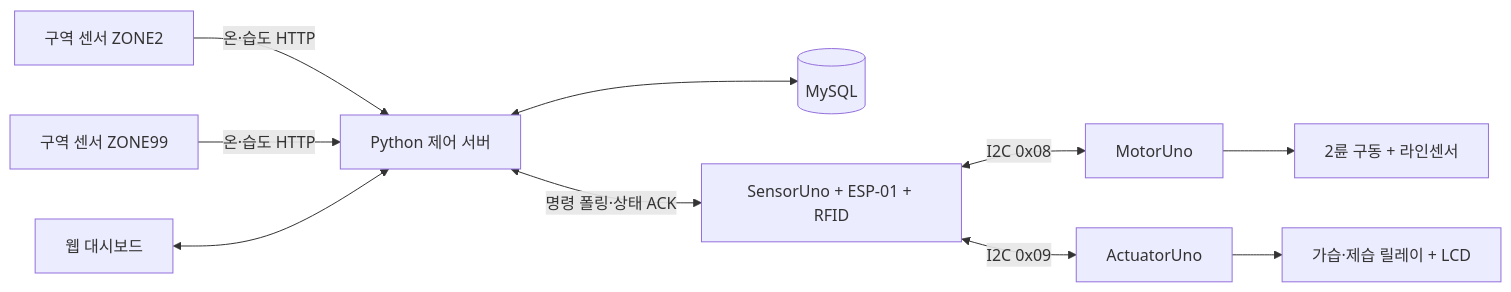
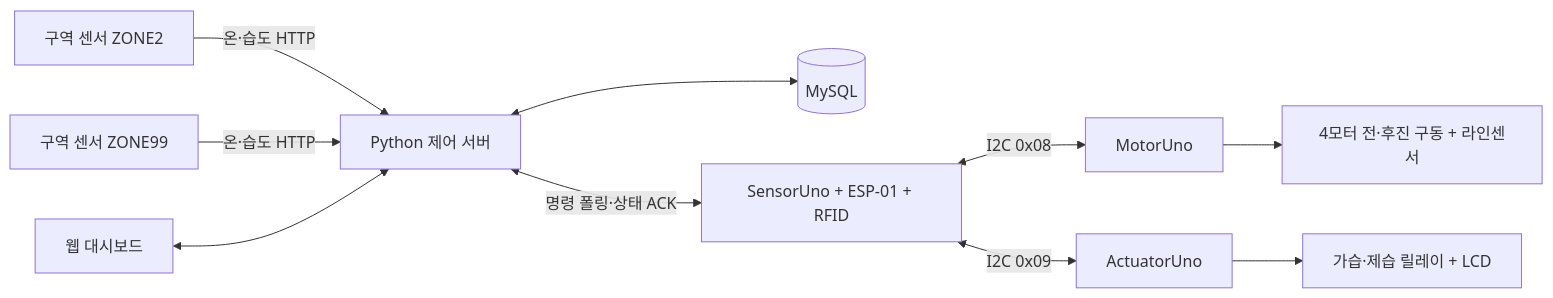
Before and after one commit to oioihoihoih/mobile-humidity-control-robot: the diagram in README.md, drawn with Mermaid. The commit also changed other lines of this file and 39 other files, not shown here.

````diff
--- a/README.md
+++ b/README.md
@@ -34,12 +37,12 @@
 ```mermaid
 flowchart LR
     Z2[구역 센서 ZONE2] -->|온·습도 HTTP| API[Python 제어 서버]
     Z99[구역 센서 ZONE99] -->|온·습도 HTTP| API
     API <--> DB[(MySQL)]
     UI[웹 대시보드] <--> API
     API <-->|명령 폴링·상태 ACK| SENSOR[SensorUno + ESP-01 + RFID]
     SENSOR <-->|I2C 0x08| MOTOR[MotorUno]
     SENSOR <-->|I2C 0x09| ACT[ActuatorUno]
-    MOTOR --> DRIVE[2륜 구동 + 라인센서]
+    MOTOR --> DRIVE[4모터 전·후진 구동 + 라인센서]
     ACT --> OUTPUT[가습·제습 릴레이 + LCD]
 ```
````
